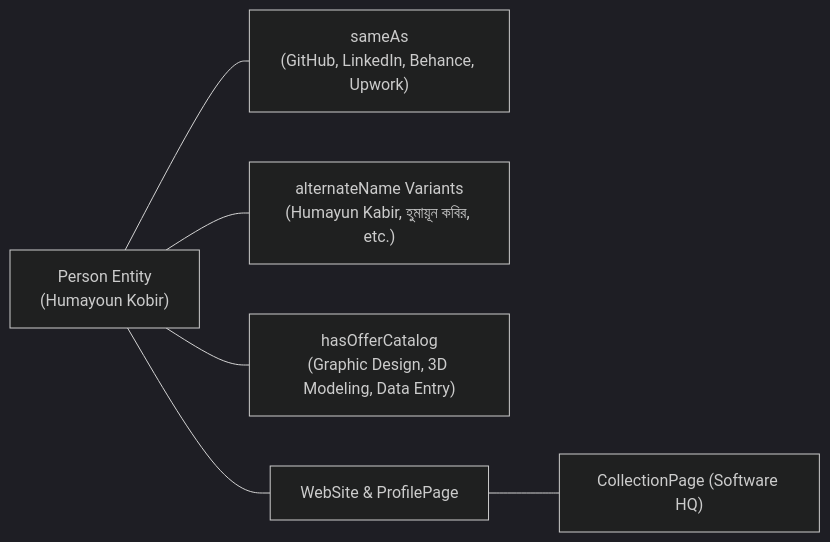
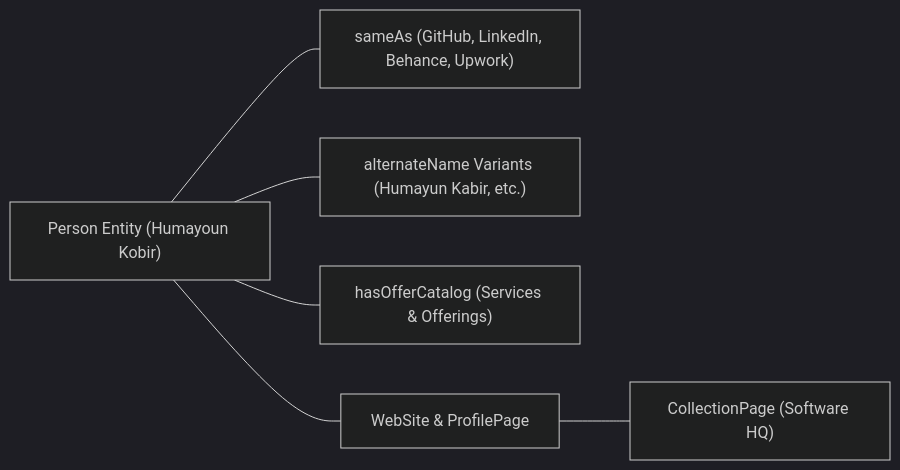
The third of 3 diagrams in README.md (humayunk45423/Webpage-2), drawn with Mermaid (dark theme) before and after one commit. The commit also changed other lines of this file, not shown here.

````diff
--- a/README.md
+++ b/README.md
@@ -254,8 +254,8 @@
 ```mermaid
-graph LR
-    P["Person Entity<br>(Humayoun Kobir)"] --- S["sameAs<br>(GitHub, LinkedIn, Behance, Upwork)"]
-    P --- A["alternateName Variants<br>(Humayun Kabir, হুমায়ূন কবির, etc.)"]
-    P --- O["hasOfferCatalog<br>(Graphic Design, 3D Modeling, Data Entry)"]
+flowchart LR
+    P["Person Entity (Humayoun Kobir)"] --- S["sameAs (GitHub, LinkedIn, Behance, Upwork)"]
+    P --- A["alternateName Variants (Humayun Kabir, etc.)"]
+    P --- O["hasOfferCatalog (Services & Offerings)"]
     P --- W["WebSite & ProfilePage"]
     W --- C["CollectionPage (Software HQ)"]
 ```
````
